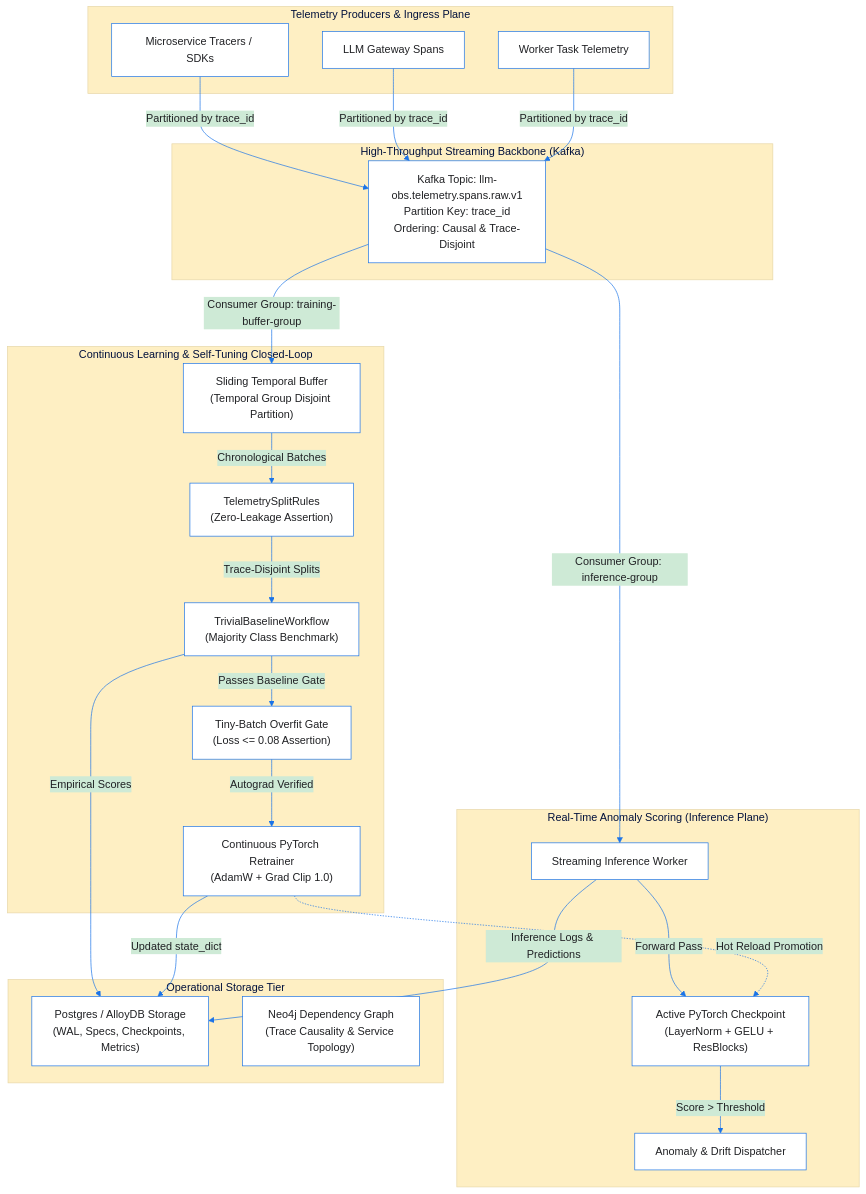
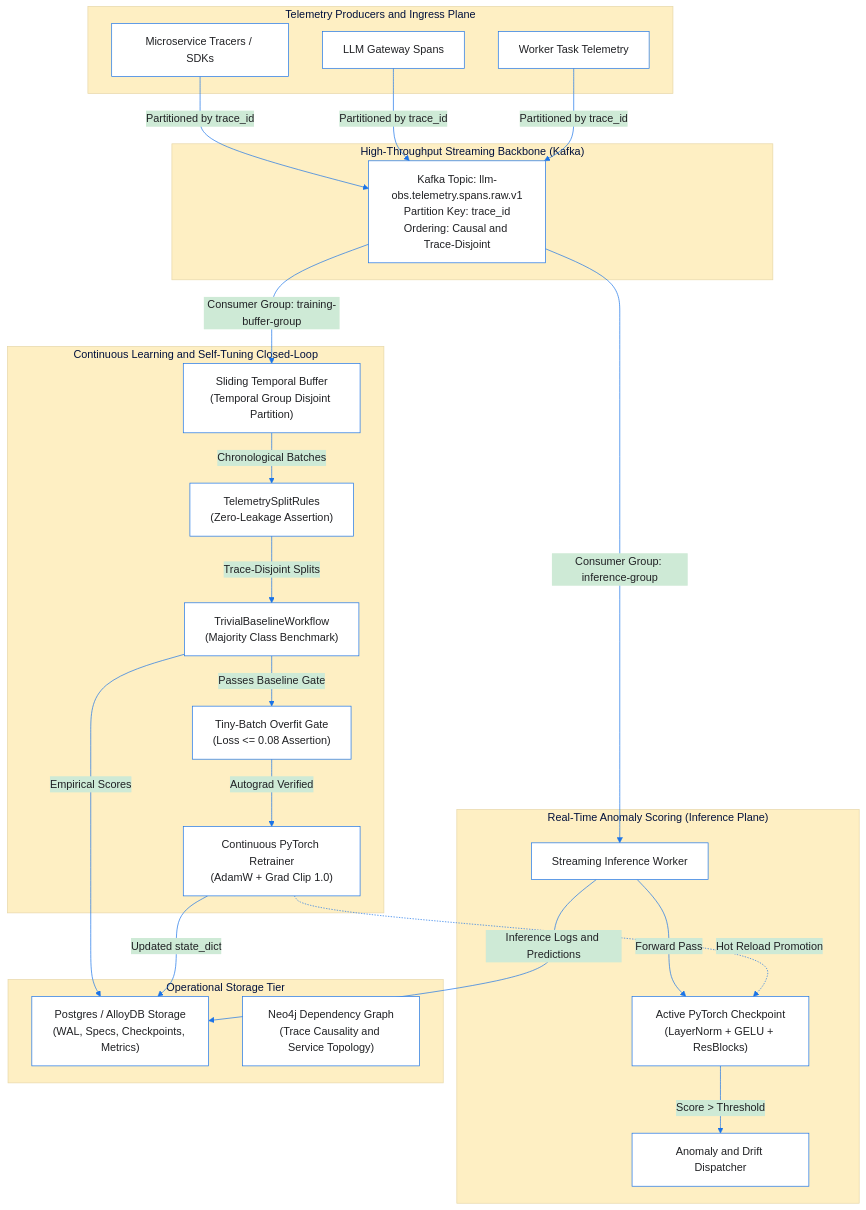
Before and after one commit to Chief-Strategist-J/llm-obs-neural-network-design: the first of 9 diagrams in adr/0001-distributed-systems-telemetry-pipeline-and-baselines.md, drawn with Mermaid. The commit also changed other lines of this file, not shown here.

Commit message:
docs(adr): replace ASCII diagram with dual light/dark Mermaid, remove confidence tags and ampersands per writing conditions

````diff
--- a/adr/0001-distributed-systems-telemetry-pipeline-and-baselines.md
+++ b/adr/0001-distributed-systems-telemetry-pipeline-and-baselines.md
@@ -42,50 +42,50 @@
 ```mermaid
 %%{init: {'theme': 'base', 'themeVariables': { 'primaryColor': '#E8F0FE', 'primaryBorderColor': '#1A73E8', 'primaryTextColor': '#202124', 'lineColor': '#1A73E8', 'secondaryColor': '#CEEAD6', 'tertiaryColor': '#FEEFC3', 'mainBkg': '#FFFFFF', 'nodeBorder': '#1A73E8'}}}%%
 flowchart TD
-    subgraph INGRESS["Telemetry Producers & Ingress Plane"]
+    subgraph INGRESS["Telemetry Producers and Ingress Plane"]
         PROD1["Microservice Tracers / SDKs"]
         PROD2["LLM Gateway Spans"]
         PROD3["Worker Task Telemetry"]
     end
 
     subgraph STREAMING["High-Throughput Streaming Backbone (Kafka)"]
-        KAFKA_TOPIC["Kafka Topic: llm-obs.telemetry.spans.raw.v1\nPartition Key: trace_id\nOrdering: Causal & Trace-Disjoint"]
+        KAFKA_TOPIC["Kafka Topic: llm-obs.telemetry.spans.raw.v1\nPartition Key: trace_id\nOrdering: Causal and Trace-Disjoint"]
     end
 
     subgraph FAST_PATH["Real-Time Anomaly Scoring (Inference Plane)"]
         INFER_WORKER["Streaming Inference Worker"]
         PYTORCH_ACTIVE["Active PyTorch Checkpoint\n(LayerNorm + GELU + ResBlocks)"]
-        ALERTER["Anomaly & Drift Dispatcher"]
+        ALERTER["Anomaly and Drift Dispatcher"]
     end
 
-    subgraph SLOW_PATH["Continuous Learning & Self-Tuning Closed-Loop"]
+    subgraph SLOW_PATH["Continuous Learning and Self-Tuning Closed-Loop"]
         STREAM_BUFFER["Sliding Temporal Buffer\n(Temporal Group Disjoint Partition)"]
         SPLIT_ENGINE["TelemetrySplitRules\n(Zero-Leakage Assertion)"]
         BASELINE_ENGINE["TrivialBaselineWorkflow\n(Majority Class Benchmark)"]
         OVERFIT_GATE["Tiny-Batch Overfit Gate\n(Loss <= 0.08 Assertion)"]
         TRAINER["Continuous PyTorch Retrainer\n(AdamW + Grad Clip 1.0)"]
     end
 
     subgraph PERSISTENCE["Operational Storage Tier"]
         ALLOYDB["Postgres / AlloyDB Storage\n(WAL, Specs, Checkpoints, Metrics)"]
-        NEO4J["Neo4j Dependency Graph\n(Trace Causality & Service Topology)"]
+        NEO4J["Neo4j Dependency Graph\n(Trace Causality and Service Topology)"]
     end
 
     PROD1 -->|Partitioned by trace_id| KAFKA_TOPIC
     PROD2 -->|Partitioned by trace_id| KAFKA_TOPIC
     PROD3 -->|Partitioned by trace_id| KAFKA_TOPIC
 
     KAFKA_TOPIC -->|Consumer Group: inference-group| INFER_WORKER
     INFER_WORKER -->|Forward Pass| PYTORCH_ACTIVE
     PYTORCH_ACTIVE -->|Score > Threshold| ALERTER
-    INFER_WORKER -->|Inference Logs & Predictions| ALLOYDB
+    INFER_WORKER -->|Inference Logs and Predictions| ALLOYDB
 
     KAFKA_TOPIC -->|Consumer Group: training-buffer-group| STREAM_BUFFER
     STREAM_BUFFER -->|Chronological Batches| SPLIT_ENGINE
     SPLIT_ENGINE -->|Trace-Disjoint Splits| BASELINE_ENGINE
     BASELINE_ENGINE -->|Empirical Scores| ALLOYDB
     BASELINE_ENGINE -->|Passes Baseline Gate| OVERFIT_GATE
     OVERFIT_GATE -->|Autograd Verified| TRAINER
     TRAINER -->|Updated state_dict| ALLOYDB
     TRAINER -.->|Hot Reload Promotion| PYTORCH_ACTIVE
 ```
````
